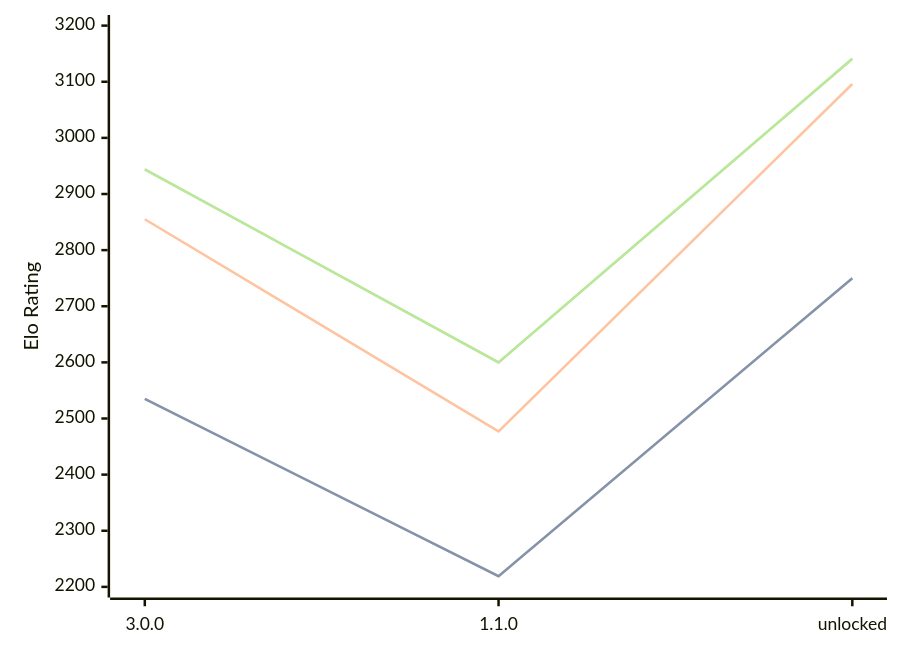
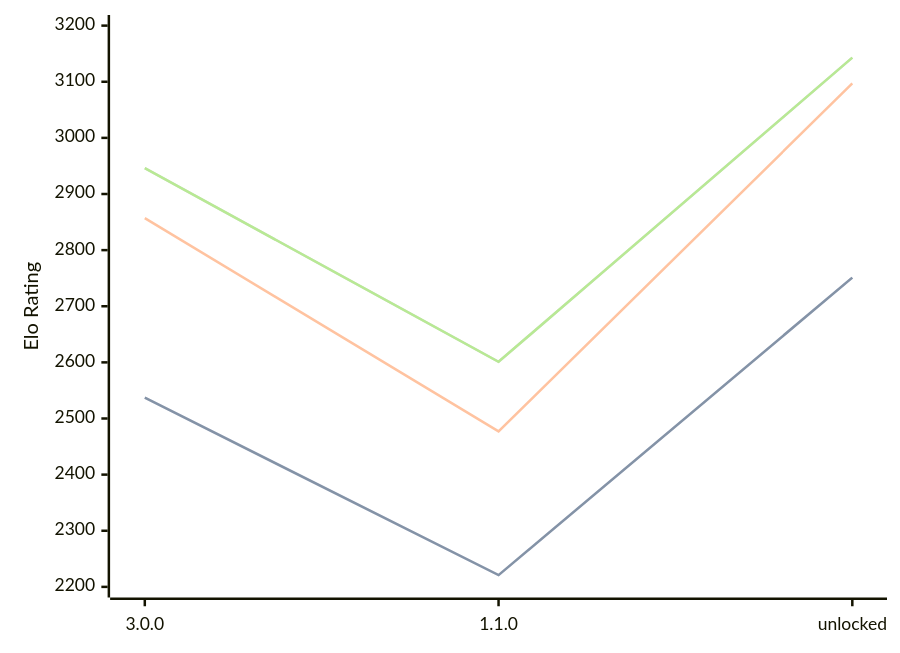
The diagram in engines/Potential.md (computer-chess-index/cci), drawn with Mermaid before and after one commit. The commit also changed other lines of this file, not shown here.

Commit message:
Update CCI Ratings (ELO VLTC) - 2026-09-01

````diff
--- a/engines/Potential.md
+++ b/engines/Potential.md
@@ -33,11 +33,11 @@
 ```mermaid
 %%{init: {"theme":"base","themeVariables":{"seriesColors:['#a3a3a3','#222221','#faa371']}}}%%
 xychart-beta
   x-axis ["3.0.0", "1.1.0", "unlocked"]
   y-axis "Elo Rating" 2200 --> 3200
-  line "" [2535, 2219, 2750]
-  line "STC (8.0+0.08s)" [2535, 2219, 2750]
-  line "LTC (60.0+0.60s)" [2855, 2477, 3096]
-  line "" [2944, 2600, 3141]
-  line "VLTC (2m24s+1.12s)" [2944, 2600, 3141]
+  line "" [2537, 2221, 2751]
+  line "STC (8.0+0.08s)" [2537, 2221, 2751]
+  line "LTC (60.0+0.60s)" [2857, 2477, 3097]
+  line "" [2946, 2601, 3143]
+  line "VLTC (2m24s+1.12s)" [2946, 2601, 3143]
 ```
````
